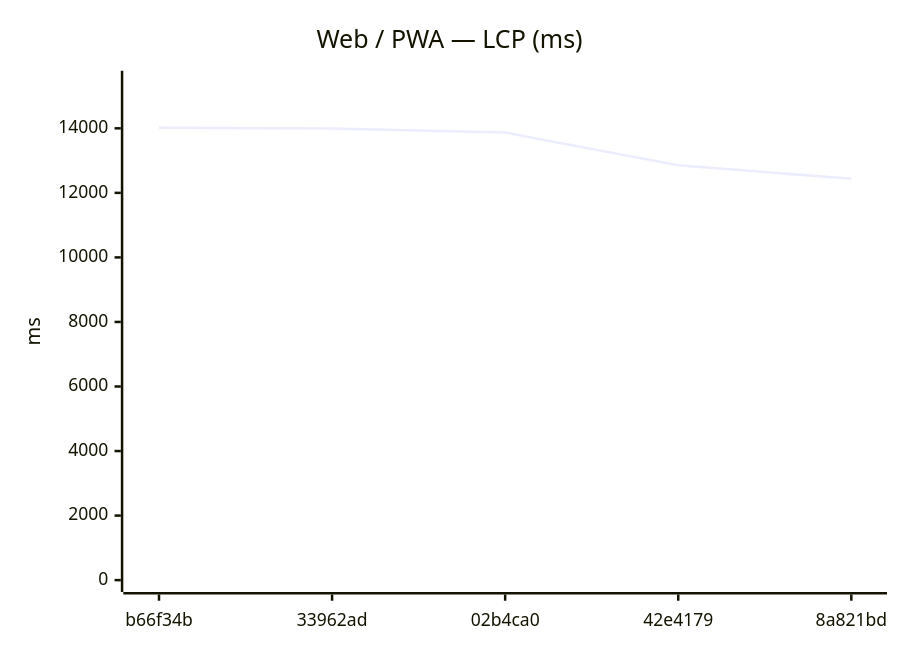
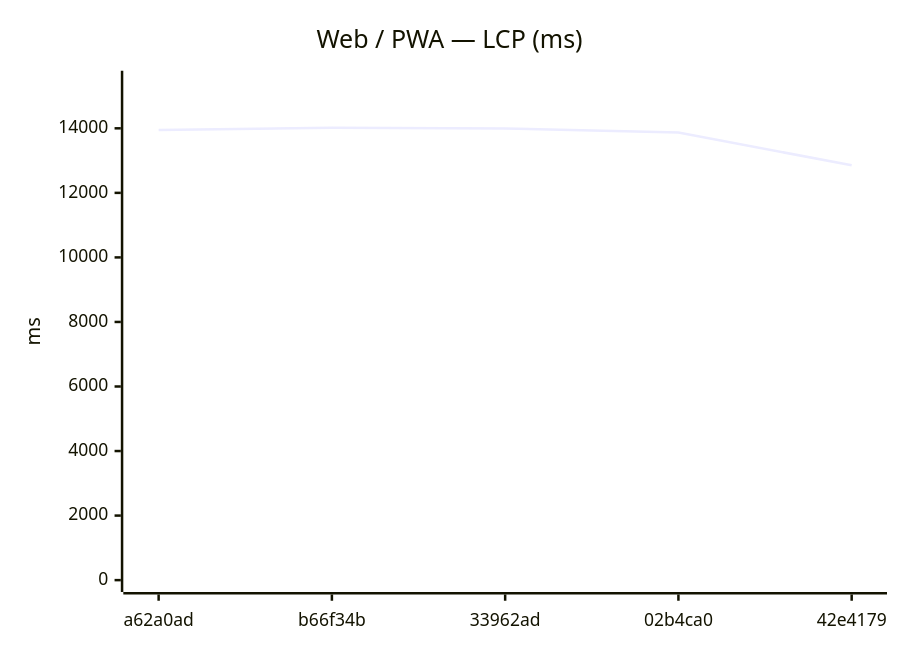
Before and after one commit to Metaheurist/Rianell: the seventh of 18 diagrams in benchmarks/compare.md, drawn with Mermaid. The commit also changed other lines of this file and 11 other files, not shown here.

````diff
--- a/benchmarks/compare.md
+++ b/benchmarks/compare.md
@@ -117,7 +117,7 @@
 ```mermaid
 xychart-beta
     title "Web / PWA — LCP (ms)"
-    x-axis ["b66f34b", "33962ad", "02b4ca0", "42e4179", "8a821bd"]
+    x-axis ["a62a0ad", "b66f34b", "33962ad", "02b4ca0", "42e4179"]
     y-axis "ms" 0 --> 15416
-    line [14014, 13997, 13868, 12854, 12437]
+    line [13945, 14014, 13997, 13868, 12854]
 ```
````
